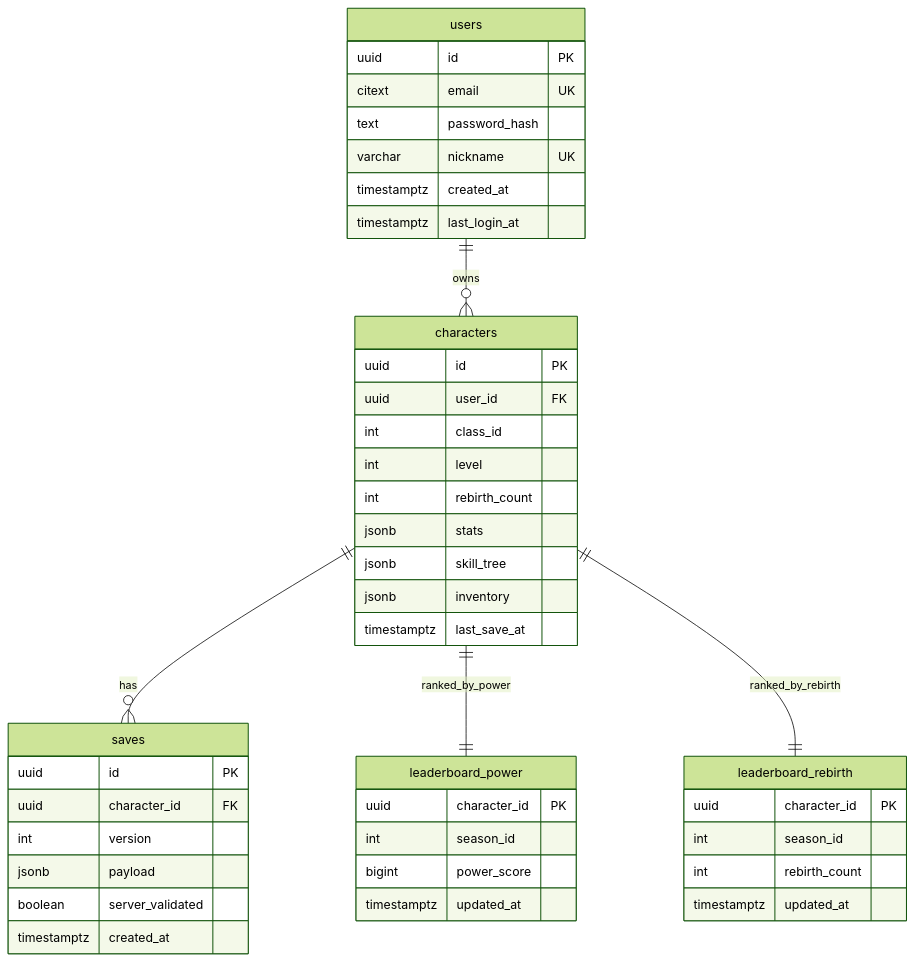
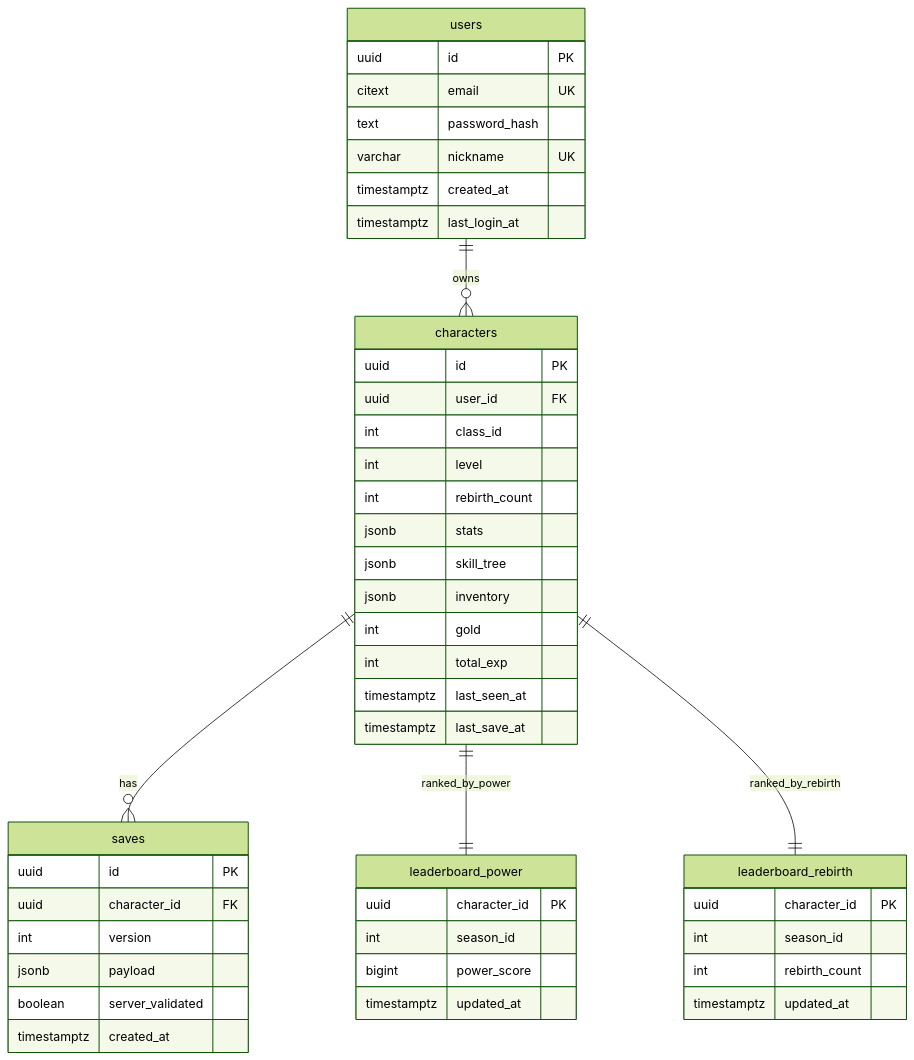
One commit to ewoo14/idle-project changed the diagram in docs/api/schema.md. Above: the diagram before and after it, drawn with Mermaid (forest theme). The commit also changed other lines of this file and 38 other files, not shown here.

````diff
--- a/docs/api/schema.md
+++ b/docs/api/schema.md
@@ -5,51 +5,54 @@
 ```mermaid
 erDiagram
   users ||--o{ characters : owns
   characters ||--o{ saves : has
   characters ||--|| leaderboard_power : ranked_by_power
   characters ||--|| leaderboard_rebirth : ranked_by_rebirth
 
   users {
     uuid id PK
     citext email UK
     text password_hash
     varchar nickname UK
     timestamptz created_at
     timestamptz last_login_at
   }
 
   characters {
     uuid id PK
     uuid user_id FK
     int class_id
     int level
     int rebirth_count
     jsonb stats
     jsonb skill_tree
     jsonb inventory
+    int gold
+    int total_exp
+    timestamptz last_seen_at
     timestamptz last_save_at
   }
 
   saves {
     uuid id PK
     uuid character_id FK
     int version
     jsonb payload
     boolean server_validated
     timestamptz created_at
   }
 
   leaderboard_power {
     uuid character_id PK
     int season_id
     bigint power_score
     timestamptz updated_at
   }
 
   leaderboard_rebirth {
     uuid character_id PK
     int season_id
     int rebirth_count
     timestamptz updated_at
   }
 ```
````
